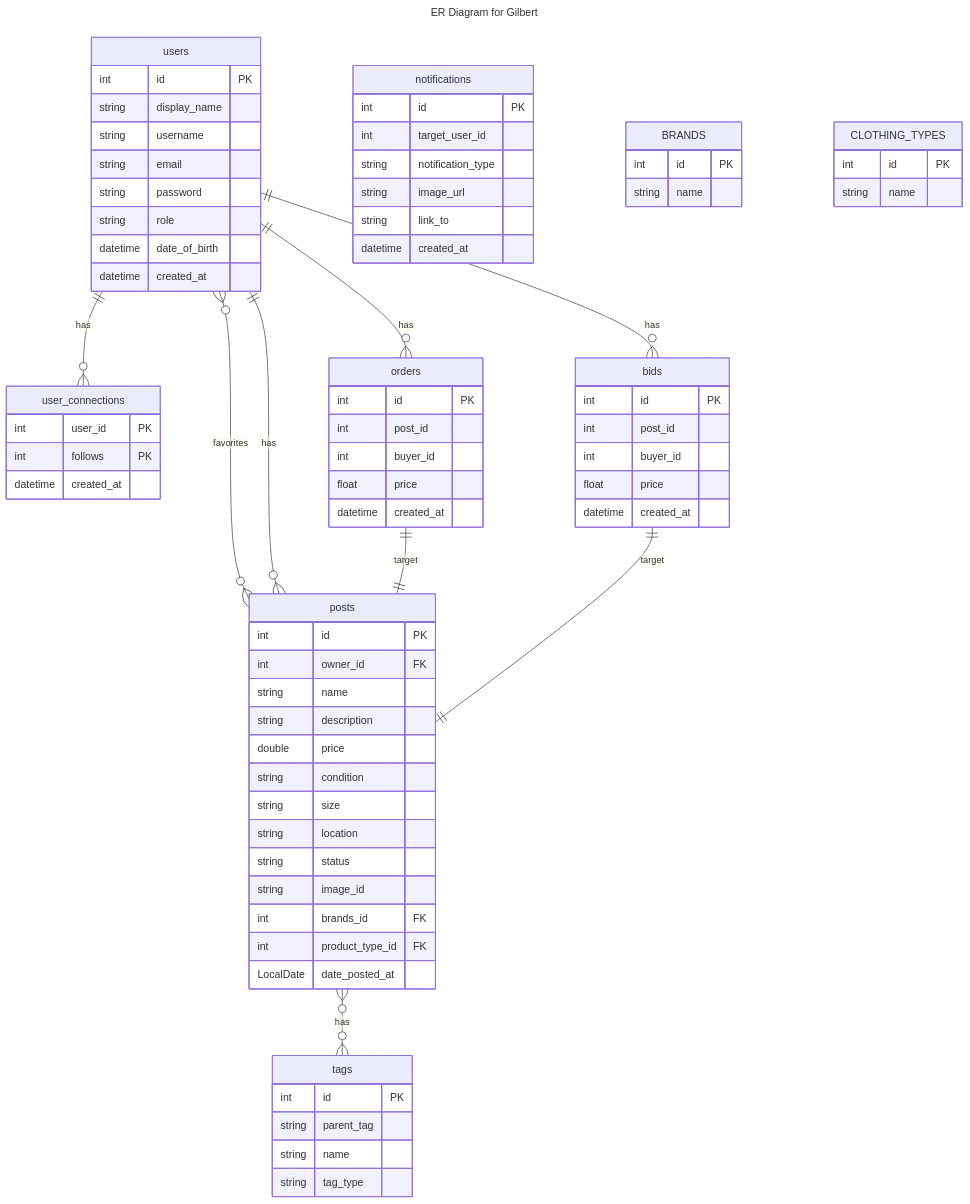
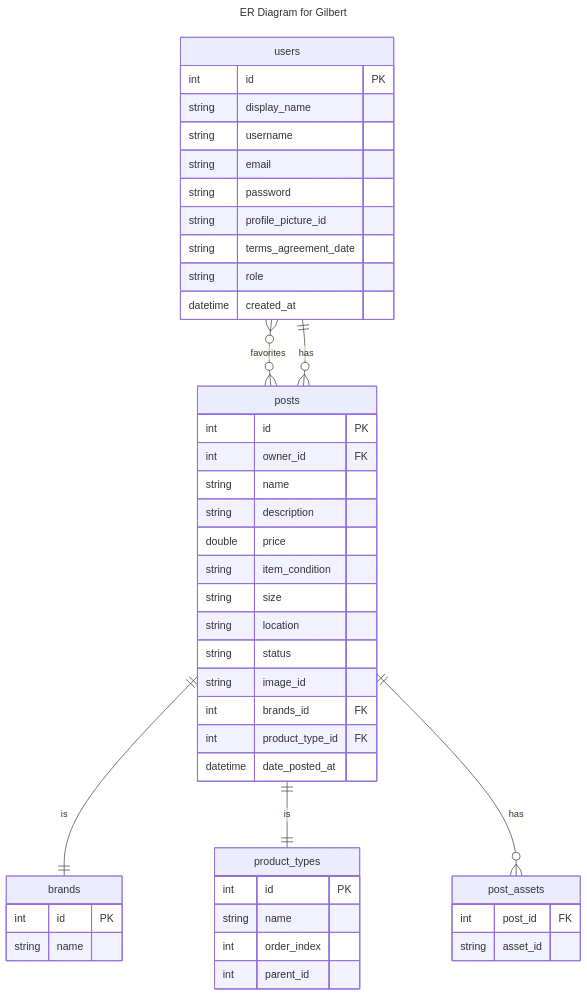
The diagram in Documents/Diagrams/ERDiagram.md (zealand-cs/Gilbert), drawn with Mermaid before and after one commit.

Commit message:
ER diagram

````diff
--- a/Documents/Diagrams/ERDiagram.md
+++ b/Documents/Diagrams/ERDiagram.md
@@ -12,15 +12,22 @@
     string username
     string email
     string password
+    string profile_picture_id 
+    string terms_agreement_date
     string role
-    datetime date_of_birth
     datetime created_at
 }
 
-user_connections {
-    int user_id PK
-    int follows PK
-    datetime created_at
+brands {
+    int id PK
+    string name
+}
+
+product_types {
+    int id PK
+    string name
+    int order_index
+    int parent_id
 }
 
 posts {
@@ -29,69 +36,25 @@
     string name
     string description
     double price
-    string condition
+    string item_condition
     string size
     string location
     string status
     string image_id
     int brands_id FK
     int product_type_id FK
-    LocalDate date_posted_at
+    datetime date_posted_at
 }
 
-orders {
-    int id PK
-    int post_id
-    int buyer_id
-    float price
-    datetime created_at
+post_assets {
+    int post_id FK
+    string asset_id
 }
 
-bids {
-    int id PK
-    int post_id
-    int buyer_id
-    float price
-    datetime created_at
-}
+users }o--o{ posts : "favorites"
+users ||--o{ posts : "has"
 
-notifications {
-    int id PK
-    int target_user_id
-    string notification_type
-    string image_url
-    string link_to
-    datetime created_at
-}
-
-tags {
-    int id PK
-    string parent_tag
-    string name
-    string tag_type
-}
-
-BRANDS {
-    int id PK
-    string name
-}
-
-CLOTHING_TYPES {
-    int id PK
-    string name
-}
-        
-
-
-
-users }o--o{ posts : "favorites"
-users ||--o{ user_connections : "has"
-users ||--o{ posts : "has"
-users ||--o{ orders : "has"
-users ||--o{ bids : "has"
-
-posts }o--o{ tags : "has"
-
-orders ||--|| posts : "target"
-bids ||--|| posts : "target"
+posts ||--|| brands : "is"
+posts ||--|| product_types : "is"
+posts ||--o{ post_assets : "has"
 ```
````
